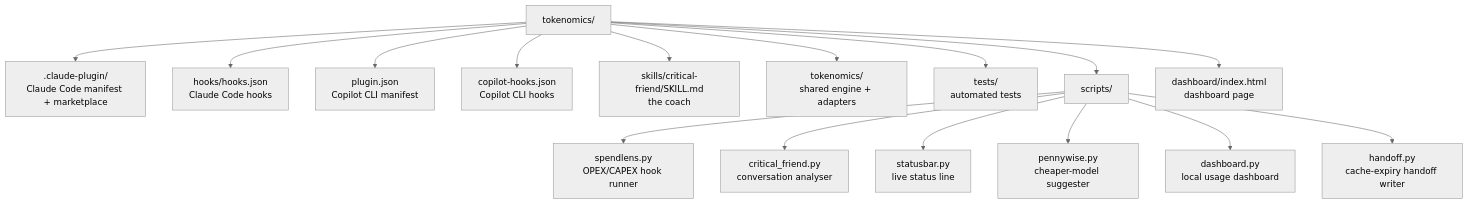
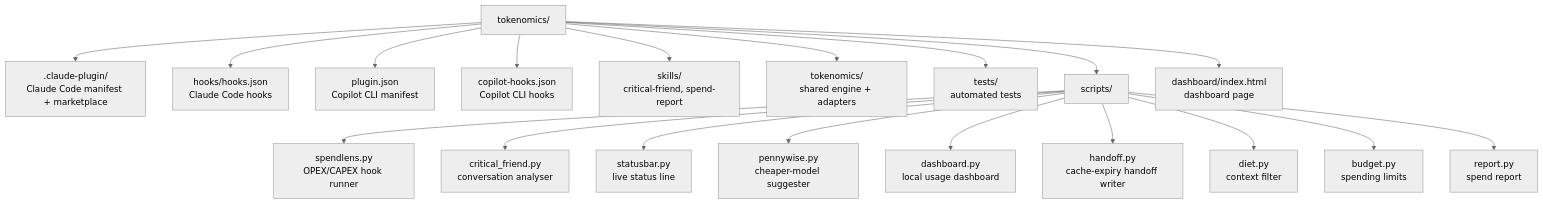
Before and after one commit to andrew44/tokenomics: the ninth of 9 diagrams in README.md, drawn with Mermaid (neutral theme). The commit also changed other lines of this file and 24 other files, not shown here.

````diff
--- a/README.md
+++ b/README.md
@@ -480,18 +534,21 @@
 ```mermaid
 flowchart TD
     R["tokenomics/"] --> CP[".claude-plugin/<br/>Claude Code manifest + marketplace"]
     R --> H["hooks/hooks.json<br/>Claude Code hooks"]
     R --> PJ["plugin.json<br/>Copilot CLI manifest"]
     R --> CH["copilot-hooks.json<br/>Copilot CLI hooks"]
-    R --> SK["skills/critical-friend/SKILL.md<br/>the coach"]
+    R --> SK["skills/<br/>critical-friend, spend-report"]
     R --> EN["tokenomics/<br/>shared engine + adapters"]
     R --> TS["tests/<br/>automated tests"]
     R --> SC["scripts/"]
     SC --> S1["spendlens.py<br/>OPEX/CAPEX hook runner"]
     SC --> S2["critical_friend.py<br/>conversation analyser"]
     SC --> S3["statusbar.py<br/>live status line"]
     SC --> S4["pennywise.py<br/>cheaper-model suggester"]
     SC --> S5["dashboard.py<br/>local usage dashboard"]
     SC --> S6["handoff.py<br/>cache-expiry handoff writer"]
+    SC --> S7["diet.py<br/>context filter"]
+    SC --> S8["budget.py<br/>spending limits"]
+    SC --> S9["report.py<br/>spend report"]
     R --> D["dashboard/index.html<br/>dashboard page"]
 ```
````
